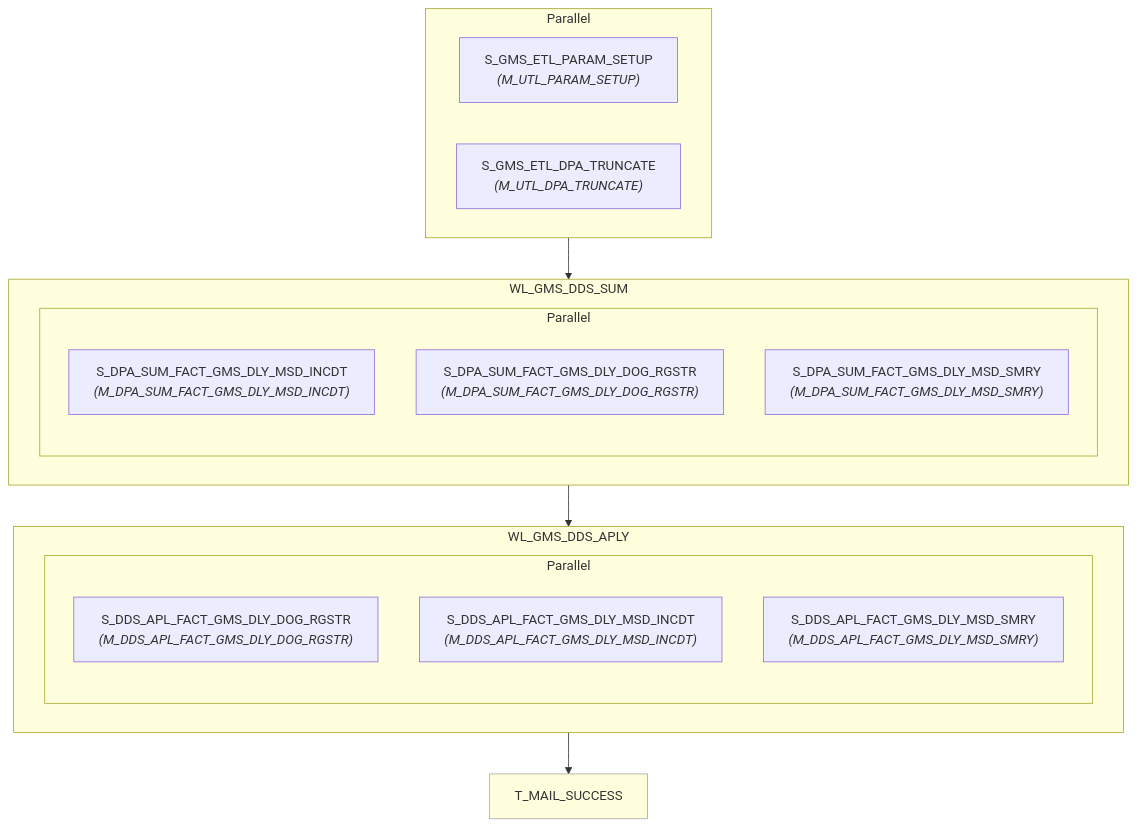
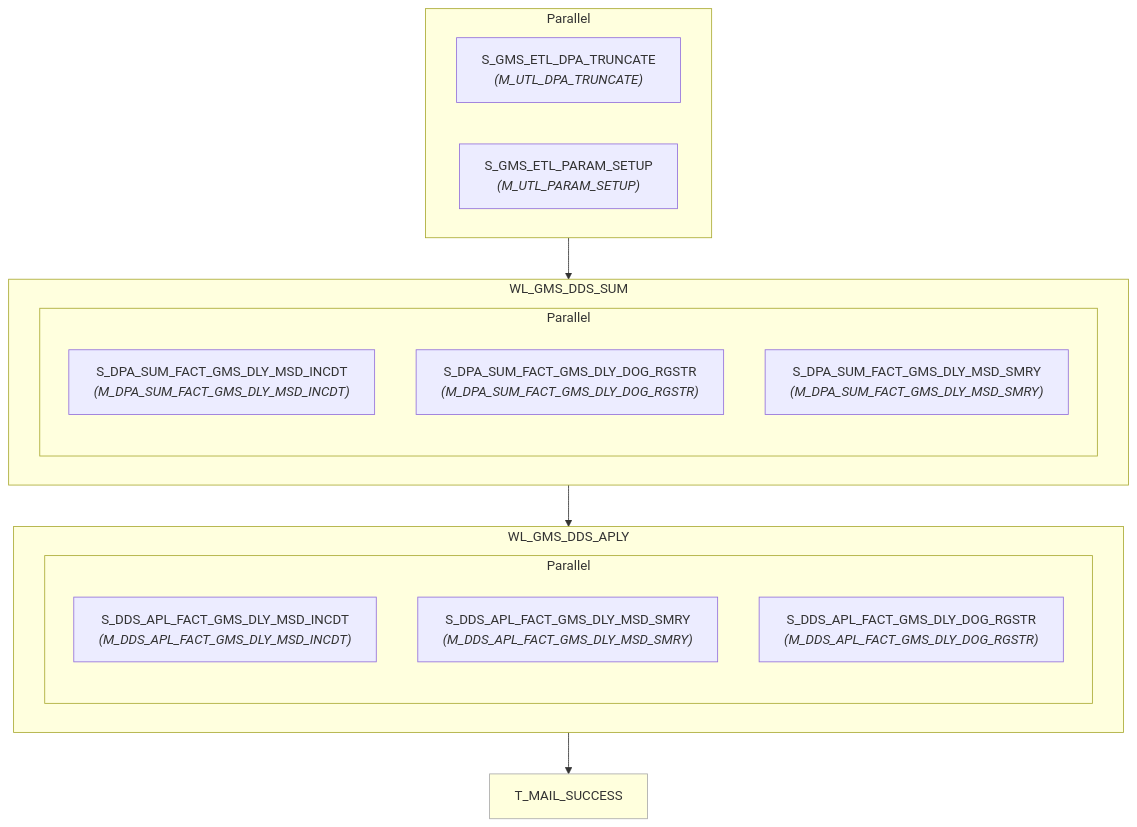
The diagram in informatica/PowerCenter_workflows/dds/WF_GMS_DDS_APLY_DLY_SPARK/wf_gms_dds_aply_dly.md (asl-adamxu/informatica-sparker-poc), drawn with Mermaid before and after one commit. The commit also changed 42 other files, not shown here.

First line of the commit message:
Refactor workflow and mapping configurations for GMS DDS Apply Daily Spark

````diff
--- a/informatica/PowerCenter_workflows/dds/WF_GMS_DDS_APLY_DLY_SPARK/wf_gms_dds_aply_dly.md
+++ b/informatica/PowerCenter_workflows/dds/WF_GMS_DDS_APLY_DLY_SPARK/wf_gms_dds_aply_dly.md
@@ -7,34 +7,34 @@
 ```mermaid
 flowchart TD
-    n1["S_GMS_ETL_PARAM_SETUP<br/><i>(M_UTL_PARAM_SETUP)</i>"]
-    n2["S_GMS_ETL_DPA_TRUNCATE<br/><i>(M_UTL_DPA_TRUNCATE)</i>"]
+    n1["S_GMS_ETL_DPA_TRUNCATE<br/><i>(M_UTL_DPA_TRUNCATE)</i>"]
+    n2["S_GMS_ETL_PARAM_SETUP<br/><i>(M_UTL_PARAM_SETUP)</i>"]
     subgraph pg3[Parallel]
         n1
         n2
     end
     subgraph wkl4["WL_GMS_DDS_SUM"]
     n5["S_DPA_SUM_FACT_GMS_DLY_MSD_INCDT<br/><i>(M_DPA_SUM_FACT_GMS_DLY_MSD_INCDT)</i>"]
     n6["S_DPA_SUM_FACT_GMS_DLY_DOG_RGSTR<br/><i>(M_DPA_SUM_FACT_GMS_DLY_DOG_RGSTR)</i>"]
     n7["S_DPA_SUM_FACT_GMS_DLY_MSD_SMRY<br/><i>(M_DPA_SUM_FACT_GMS_DLY_MSD_SMRY)</i>"]
     subgraph pg8[Parallel]
         n5
         n6
         n7
     end
     end
     subgraph wkl9["WL_GMS_DDS_APLY"]
-    n10["S_DDS_APL_FACT_GMS_DLY_DOG_RGSTR<br/><i>(M_DDS_APL_FACT_GMS_DLY_DOG_RGSTR)</i>"]
-    n11["S_DDS_APL_FACT_GMS_DLY_MSD_INCDT<br/><i>(M_DDS_APL_FACT_GMS_DLY_MSD_INCDT)</i>"]
-    n12["S_DDS_APL_FACT_GMS_DLY_MSD_SMRY<br/><i>(M_DDS_APL_FACT_GMS_DLY_MSD_SMRY)</i>"]
+    n10["S_DDS_APL_FACT_GMS_DLY_MSD_INCDT<br/><i>(M_DDS_APL_FACT_GMS_DLY_MSD_INCDT)</i>"]
+    n11["S_DDS_APL_FACT_GMS_DLY_MSD_SMRY<br/><i>(M_DDS_APL_FACT_GMS_DLY_MSD_SMRY)</i>"]
+    n12["S_DDS_APL_FACT_GMS_DLY_DOG_RGSTR<br/><i>(M_DDS_APL_FACT_GMS_DLY_DOG_RGSTR)</i>"]
     subgraph pg13[Parallel]
         n10
         n11
         n12
     end
     end
     n14["T_MAIL_SUCCESS"]
     style n14 fill:#ffd,stroke:#aaa,stroke-width:1px
     pg3 --> wkl4
     wkl4 --> wkl9
     wkl9 --> n14
 ```
````
